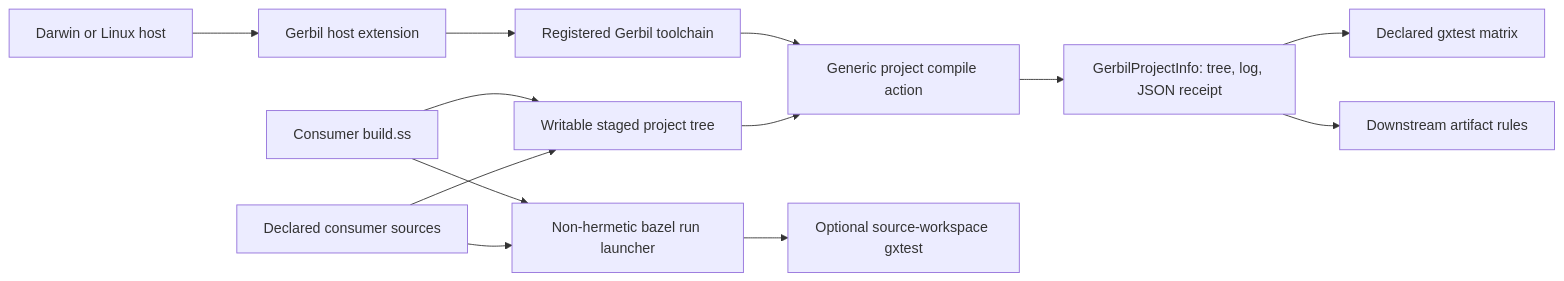
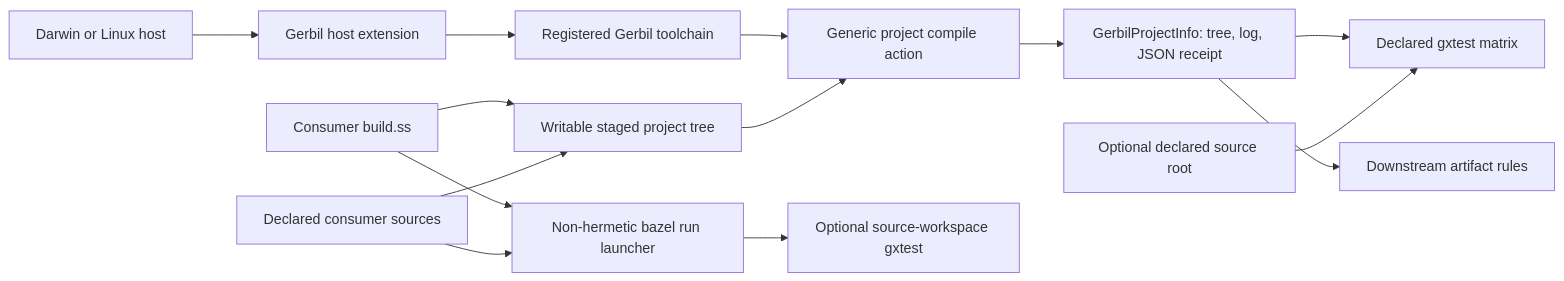
Before and after one commit to tao3k/gerbil-bazel: the diagram in docs/rfc/0001-public-api.org, drawn with Mermaid. The commit also changed other lines of this file and 5 other files, not shown here.

Commit message:
fix: expose declared source roots to project tests

```diff
--- a/docs/rfc/0001-public-api.org
+++ b/docs/rfc/0001-public-api.org
@@ -13,15 +13,16 @@
 #+begin_src mermaid
 flowchart LR
   Host[Darwin or Linux host] --> Discovery[Gerbil host extension]
   Discovery --> Toolchain[Registered Gerbil toolchain]
   BuildSS[Consumer build.ss] --> Stage[Writable staged project tree]
   Sources[Declared consumer sources] --> Stage
   Toolchain --> Compile[Generic project compile action]
   Stage --> Compile
   BuildSS --> Dev[Non-hermetic bazel run launcher]
   Sources --> Dev
   Dev --> DevTests[Optional source-workspace gxtest]
   Compile --> Project[GerbilProjectInfo: tree, log, JSON receipt]
   Project --> Tests[Declared gxtest matrix]
+  SourceRoot[Optional declared source root] --> Tests
   Project --> Consumers[Downstream artifact rules]
 #+end_src
```
